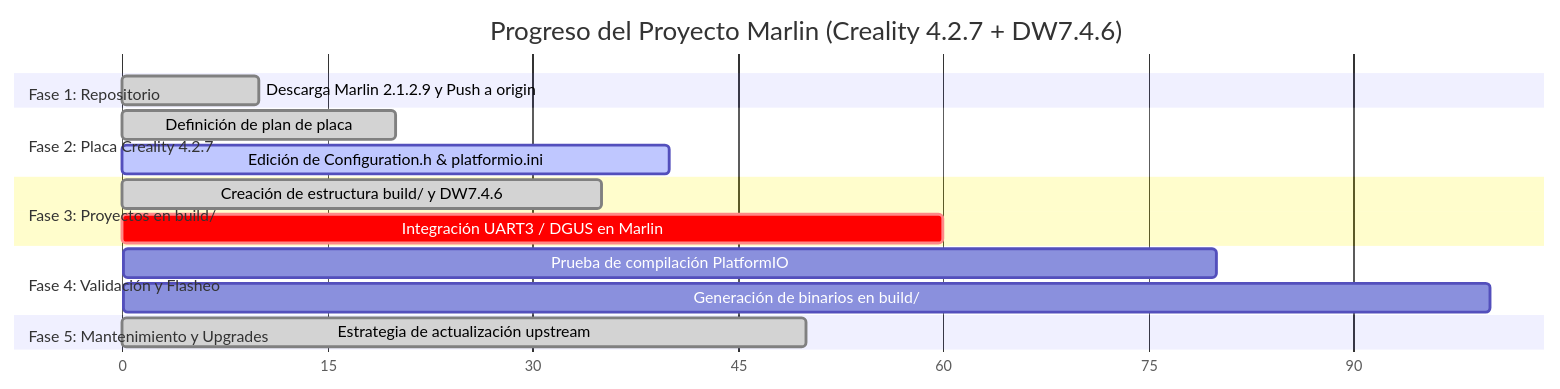
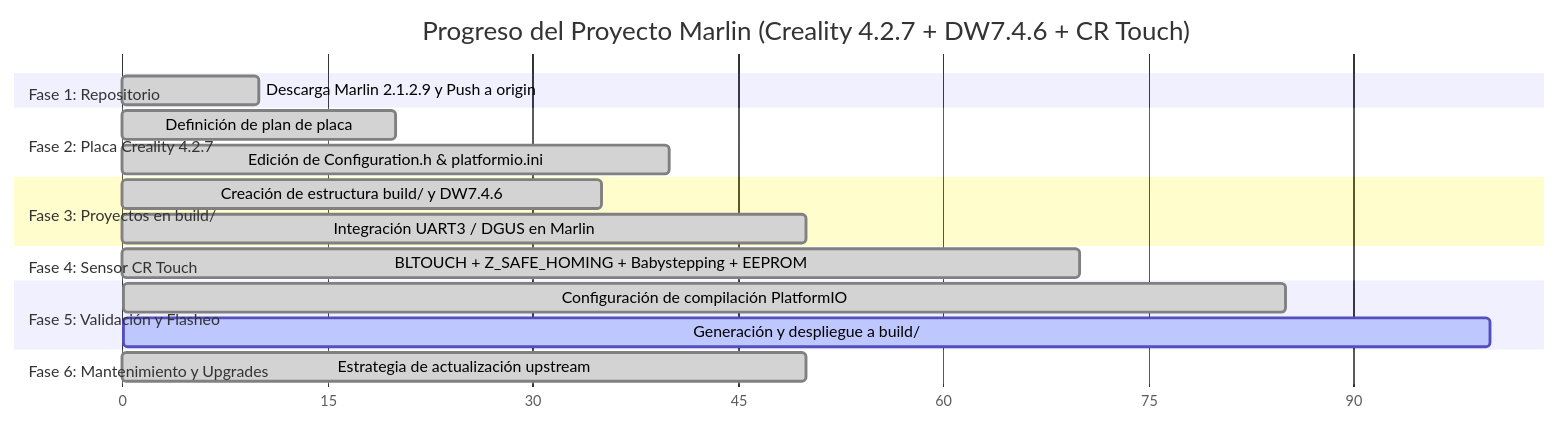
Before and after one commit to enav12/Marlin: the diagram in PLAN_MAESTRO.md, drawn with Mermaid. The commit also changed other lines of this file and 3 other files, not shown here.

Commit message:
feat: configurar placa Creality v4.2.7, pantalla DW7.4.6 y sensor CR Touch

````diff
--- a/PLAN_MAESTRO.md
+++ b/PLAN_MAESTRO.md
@@ -23,19 +24,21 @@
 ```mermaid
 gantt
-    title Progreso del Proyecto Marlin (Creality 4.2.7 + DW7.4.6)
+    title Progreso del Proyecto Marlin (Creality 4.2.7 + DW7.4.6 + CR Touch)
     dateFormat  X
     axisFormat %s
     section Fase 1: Repositorio
     Descarga Marlin 2.1.2.9 y Push a origin        :done, 0, 10
     section Fase 2: Placa Creality 4.2.7
     Definición de plan de placa                    :done, 10, 20
-    Edición de Configuration.h & platformio.ini    :active, 20, 40
+    Edición de Configuration.h & platformio.ini    :done, 20, 40
     section Fase 3: Proyectos en build/
     Creación de estructura build/ y DW7.4.6        :done, 20, 35
-    Integración UART3 / DGUS en Marlin             :crit, 40, 60
-    section Fase 4: Validación y Flasheo
-    Prueba de compilación PlatformIO               :60, 80
-    Generación de binarios en build/               :80, 100
-    section Fase 5: Mantenimiento y Upgrades
+    Integración UART3 / DGUS en Marlin             :done, 35, 50
+    section Fase 4: Sensor CR Touch
+    BLTOUCH + Z_SAFE_HOMING + Babystepping + EEPROM:done, 50, 70
+    section Fase 5: Validación y Flasheo
+    Configuración de compilación PlatformIO        :done, 70, 85
+    Generación y despliegue a build/               :active, 85, 100
+    section Fase 6: Mantenimiento y Upgrades
     Estrategia de actualización upstream           :done, 30, 50
 ```
````
